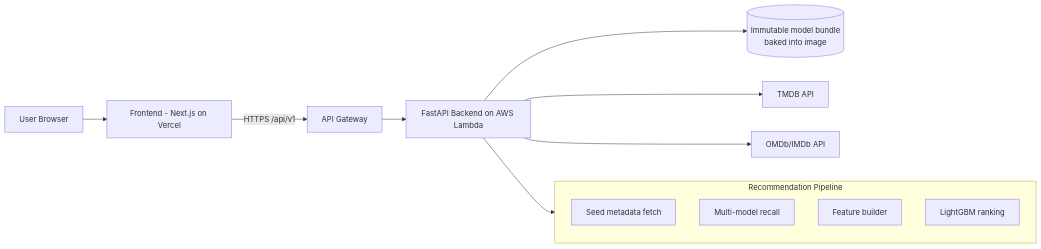
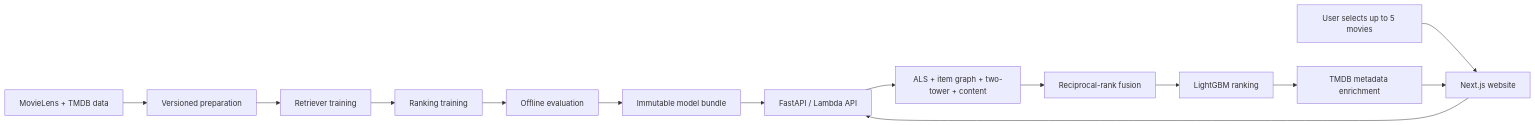
Before and after one commit to rahul2-byte/movie-recommendation-system: the diagram in README.md, drawn with Mermaid. The commit also changed other lines of this file and 38 other files, not shown here.

````diff
--- a/README.md
+++ b/README.md
@@ -57,19 +39,17 @@
 ```mermaid
 flowchart LR
-  U[User Browser] --> F[Frontend - Next.js on Vercel]
-  F -->|HTTPS /api/v1| G[API Gateway]
-  G --> B[FastAPI Backend on AWS Lambda]
+  A[MovieLens + TMDB data] --> B[Versioned preparation]
+  B --> C[Retriever training]
+  C --> D[Ranking training]
+  D --> E[Offline evaluation]
+  E --> F[Immutable model bundle]
 
-  B --> S[(Immutable model bundle<br/>baked into image)]
-  B --> T[TMDB API]
-  B --> O[OMDb/IMDb API]
-
-  subgraph P[Recommendation Pipeline]
-    R1[Seed metadata fetch]
-    R2[Multi-model recall]
-    R3[Feature builder]
-    R4[LightGBM ranking]
-  end
-
-  B --> P
+  U[User selects up to 5 movies] --> W[Next.js website]
+  W --> API[FastAPI / Lambda API]
+  API --> R[ALS + item graph + two-tower + content]
+  R --> X[Reciprocal-rank fusion]
+  X --> K[LightGBM ranking]
+  K --> M[TMDB metadata enrichment]
+  M --> W
+  F --> API
 ```
````
